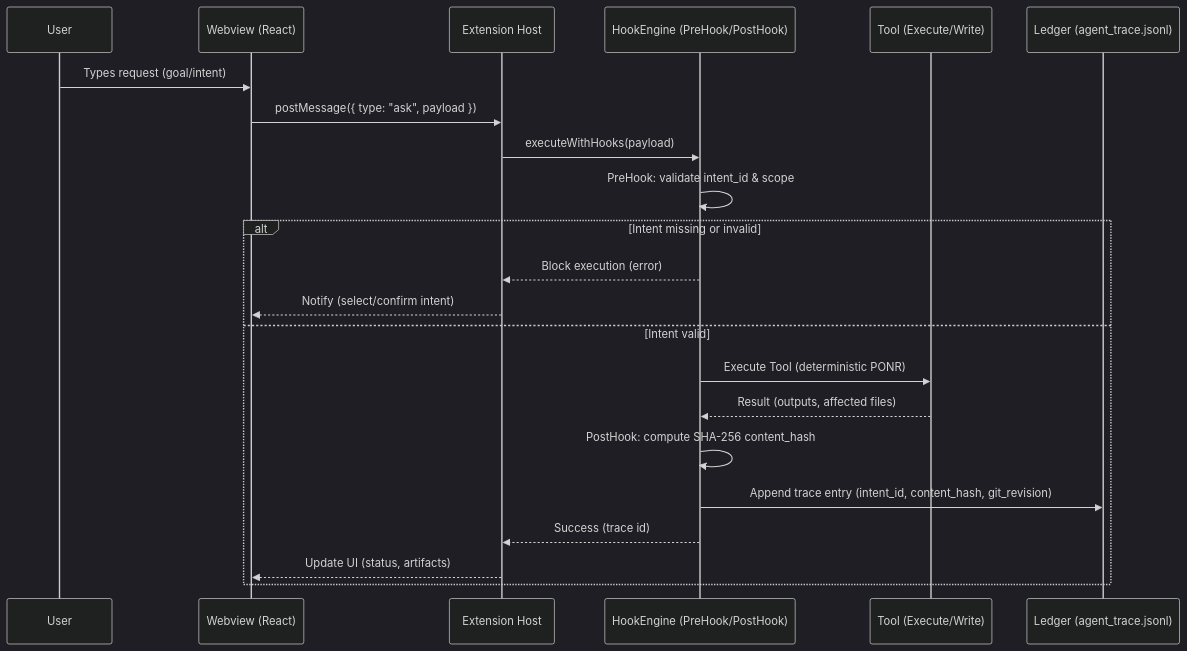
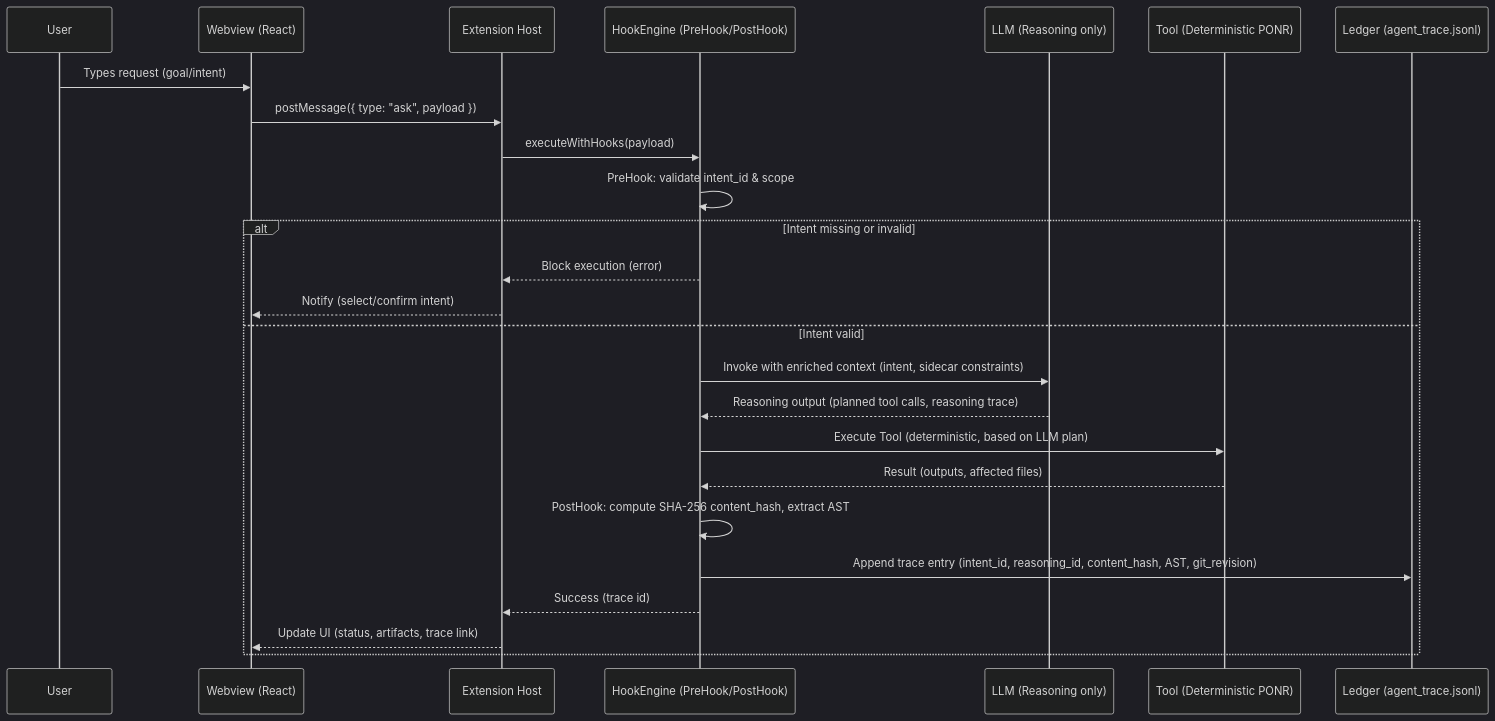
Before and after one commit to Azazh/Roo-Code: the diagram in diagrams/sequence.mmd, drawn with Mermaid (dark theme). The commit also changed 1 other file, not shown here.

Commit message:
feat(diagrams): update sequence diagram and README for new intent/LLM/tool/ledger flow

```diff
--- a/diagrams/sequence.mmd
+++ b/diagrams/sequence.mmd
@@ -1,26 +1,29 @@
-%% Mermaid Sequence Diagram: Deterministic execution with governance hooks
+
 sequenceDiagram
-  participant U as User
-  participant W as Webview (React)
-  participant E as Extension Host
-  participant H as HookEngine (PreHook/PostHook)
-  participant T as Tool (Execute/Write)
-  participant L as Ledger (agent_trace.jsonl)
+    participant U as User
+    participant W as Webview (React)
+    participant E as Extension Host
+    participant H as HookEngine (PreHook/PostHook)
+    participant L as LLM (Reasoning only)
+    participant T as Tool (Deterministic PONR)
+    participant D as Ledger (agent_trace.jsonl)
 
-  U->>W: Types request (goal/intent)
-  W->>E: postMessage({ type: "ask", payload })
-  E->>H: executeWithHooks(payload)
+    U->>W: Types request (goal/intent)
+    W->>E: postMessage({ type: "ask", payload })
+    E->>H: executeWithHooks(payload)
 
-  H->>H: PreHook: validate intent_id & scope
+    H->>H: PreHook: validate intent_id & scope
 
-  alt Intent missing or invalid
-    H-->>E: Block execution (error)
-    E-->>W: Notify (select/confirm intent)
-  else Intent valid
-    H->>T: Execute Tool (deterministic PONR)
-    T-->>H: Result (outputs, affected files)
-    H->>H: PostHook: compute SHA-256 content_hash
-    H->>L: Append trace entry (intent_id, content_hash, git_revision)
-    H-->>E: Success (trace id)
-    E-->>W: Update UI (status, artifacts)
-  end
+    alt Intent missing or invalid
+        H-->>E: Block execution (error)
+        E-->>W: Notify (select/confirm intent)
+    else Intent valid
+        H->>L: Invoke with enriched context (intent, sidecar constraints)
+        L-->>H: Reasoning output (planned tool calls, reasoning trace)
+        H->>T: Execute Tool (deterministic, based on LLM plan)
+        T-->>H: Result (outputs, affected files)
+        H->>H: PostHook: compute SHA-256 content_hash, extract AST
+        H->>D: Append trace entry (intent_id, reasoning_id, content_hash, AST, git_revision)
+        H-->>E: Success (trace id)
+        E-->>W: Update UI (status, artifacts, trace link)
+    end
```
